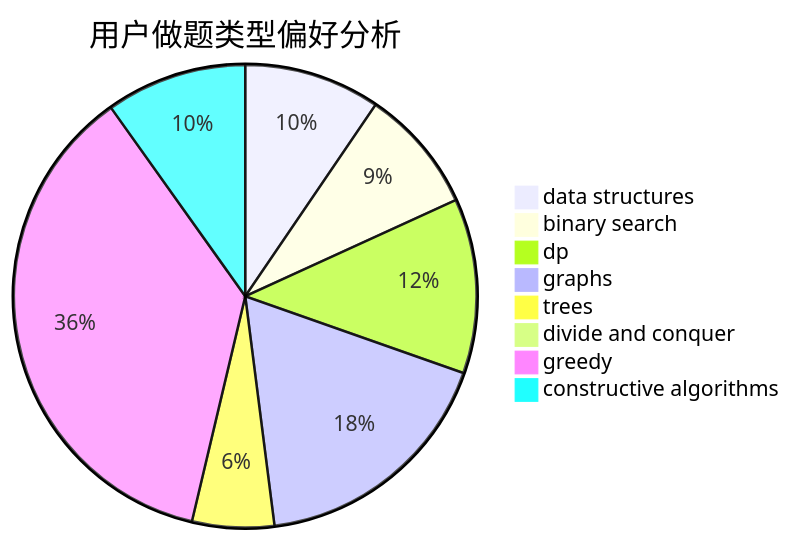
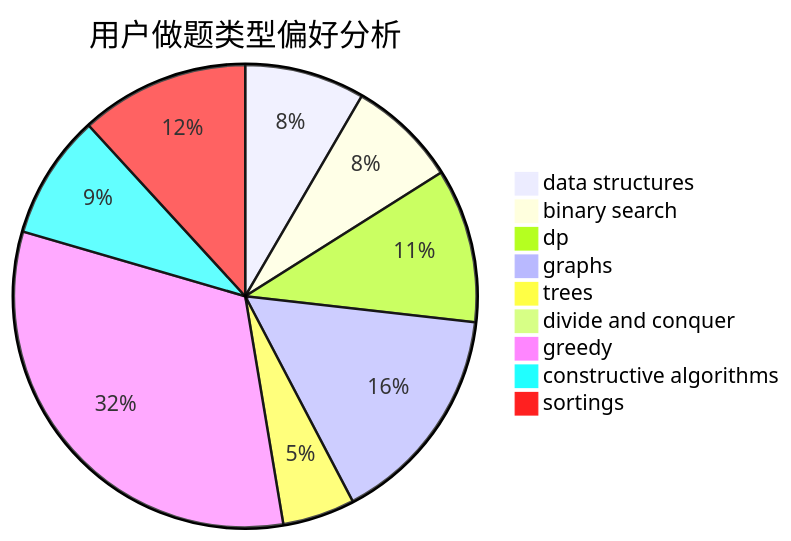
The second of 3 diagrams in docs/user/u1934.md (sherpahu/cfrs.github.io), drawn with Mermaid before and after one commit. The commit also changed other lines of this file and 2769 other files, not shown here.

````diff
--- a/docs/user/u1934.md
+++ b/docs/user/u1934.md
@@ -23,11 +18,12 @@
 ```mermaid
 pie title 用户做题类型偏好分析
     "data structures" :  113
     "binary search" :  103
     "dp" :  145
     "graphs" :  209
     "trees" :  68
     "divide and conquer" :  1
     "greedy" :  433
     "constructive algorithms" :  117
+    "sortings" :  159
 ```
````
